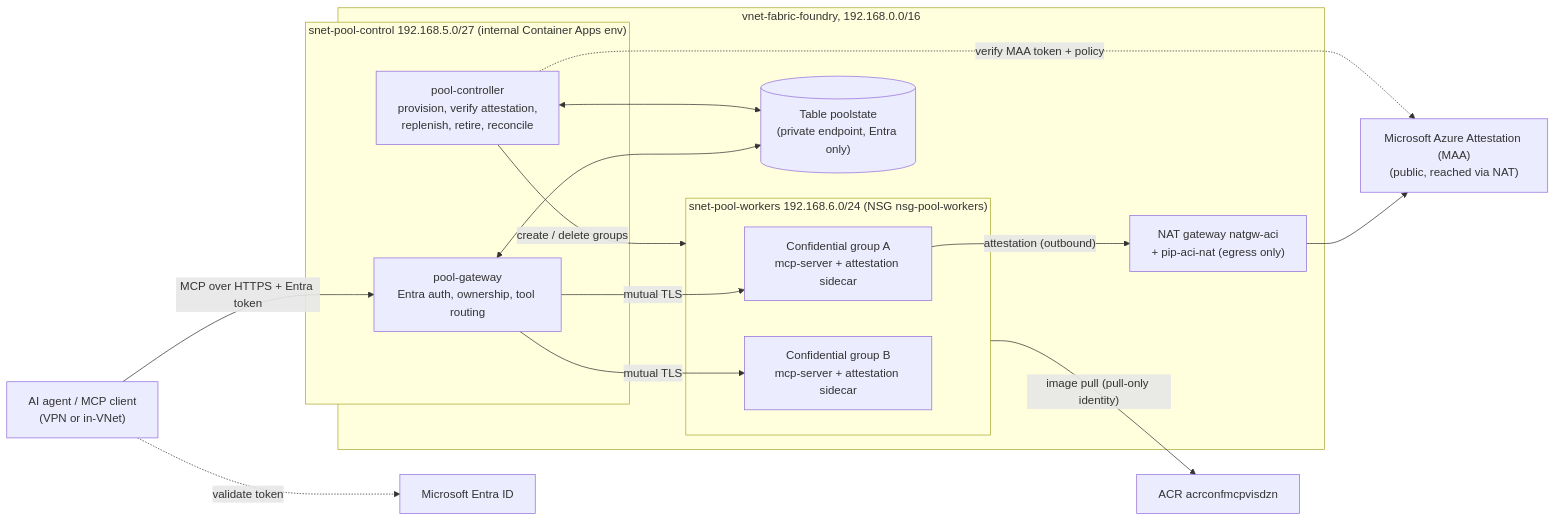
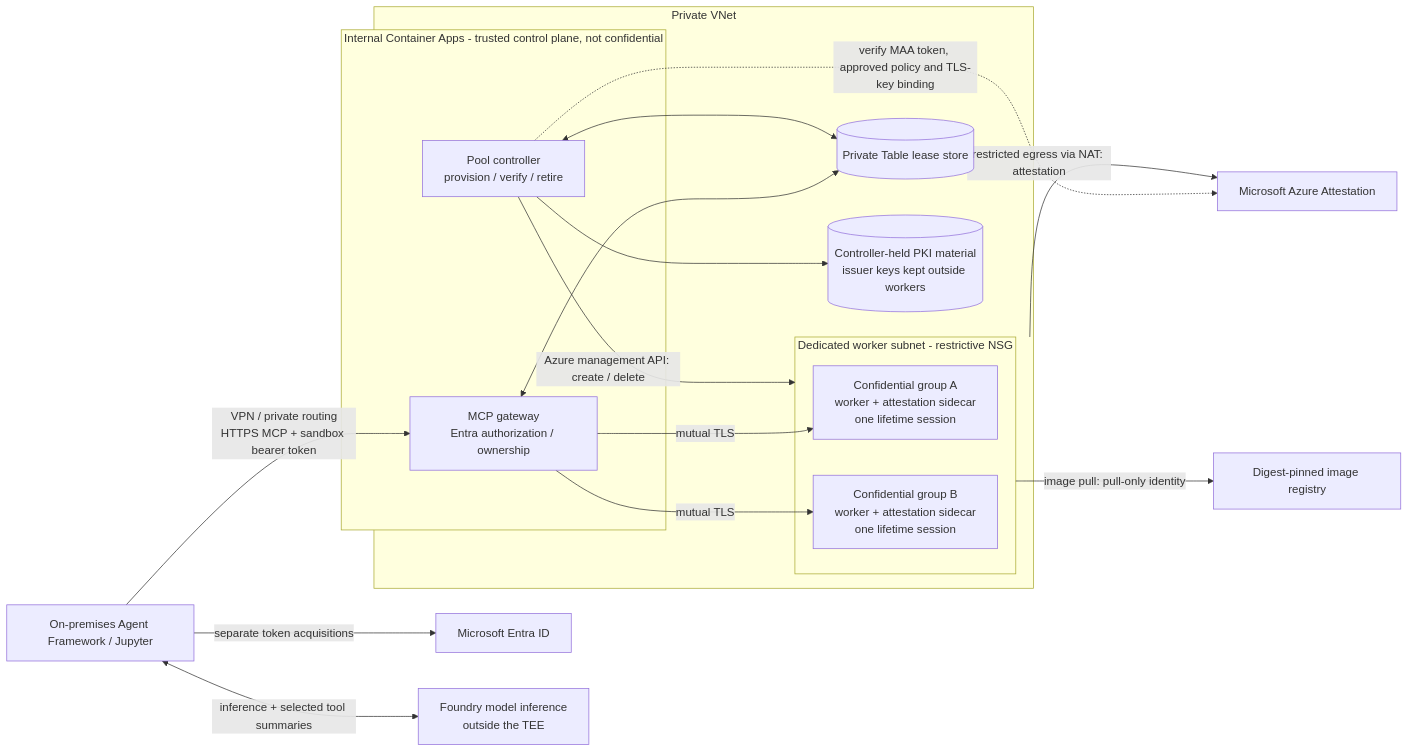
Before and after one commit to memasanz/confidential_compute: the diagram in docs/ARCHITECTURE.md, drawn with Mermaid. The commit also changed other lines of this file and 39 other files, not shown here.

````diff
--- a/docs/ARCHITECTURE.md
+++ b/docs/ARCHITECTURE.md
@@ -18,32 +13,32 @@
 ```mermaid
 flowchart LR
-    Agent["AI agent / MCP client<br/>(VPN or in-VNet)"]
+    Agent["On-premises Agent Framework / Jupyter"]
     Entra["Microsoft Entra ID"]
-    MAA["Microsoft Azure Attestation (MAA)<br/>(public, reached via NAT)"]
-
-    subgraph VNet["vnet-fabric-foundry, 192.168.0.0/16"]
-        subgraph Control["snet-pool-control 192.168.5.0/27 (internal Container Apps env)"]
-            GW["pool-gateway<br/>Entra auth, ownership, tool routing"]
-            CTL["pool-controller<br/>provision, verify attestation,<br/>replenish, retire, reconcile"]
+    Foundry["Foundry model inference<br/>outside the TEE"]
+    MAA["Microsoft Azure Attestation"]
+    ACR["Digest-pinned image registry"]
+    subgraph Private["Private VNet"]
+        subgraph Control["Internal Container Apps - trusted control plane, not confidential"]
+            GW["MCP gateway<br/>Entra authorization / ownership"]
+            CTL["Pool controller<br/>provision / verify / retire"]
         end
-        Table[("Table poolstate<br/>(private endpoint, Entra only)")]
-        subgraph Workers["snet-pool-workers 192.168.6.0/24 (NSG nsg-pool-workers)"]
-            W1["Confidential group A<br/>mcp-server + attestation sidecar"]
-            W2["Confidential group B<br/>mcp-server + attestation sidecar"]
+        State[("Private Table lease store")]
+        Material[("Controller-held PKI material<br/>issuer keys kept outside workers")]
+        subgraph Workers["Dedicated worker subnet - restrictive NSG"]
+            W1["Confidential group A<br/>worker + attestation sidecar<br/>one lifetime session"]
+            W2["Confidential group B<br/>worker + attestation sidecar<br/>one lifetime session"]
         end
-        NAT["NAT gateway natgw-aci<br/>+ pip-aci-nat (egress only)"]
     end
-    ACR["ACR acrconfmcpvisdzn"]
-
-    Agent -- "MCP over HTTPS + Entra token" --> GW
-    Agent -. "validate token" .-> Entra
-    GW <--> Table
-    CTL <--> Table
-    GW -- "mutual TLS" --> W1
-    GW -- "mutual TLS" --> W2
-    CTL -- "create / delete groups" --> Workers
-    W1 -- "attestation (outbound)" --> NAT
-    NAT --> MAA
-    CTL -. "verify MAA token + policy" .-> MAA
-    Workers -- "image pull (pull-only identity)" --> ACR
+    Agent -->|"separate token acquisitions"| Entra
+    Agent <-->|"inference + selected tool summaries"| Foundry
+    Agent -->|"VPN / private routing<br/>HTTPS MCP + sandbox bearer token"| GW
+    GW <--> State
+    CTL <--> State
+    CTL --> Material
+    GW -->|"mutual TLS"| W1
+    GW -->|"mutual TLS"| W2
+    CTL -->|"Azure management API: create / delete"| Workers
+    CTL -.->|"verify MAA token, approved policy and TLS-key binding"| MAA
+    Workers -->|"restricted egress via NAT: attestation"| MAA
+    Workers -->|"image pull: pull-only identity"| ACR
 ```
````
